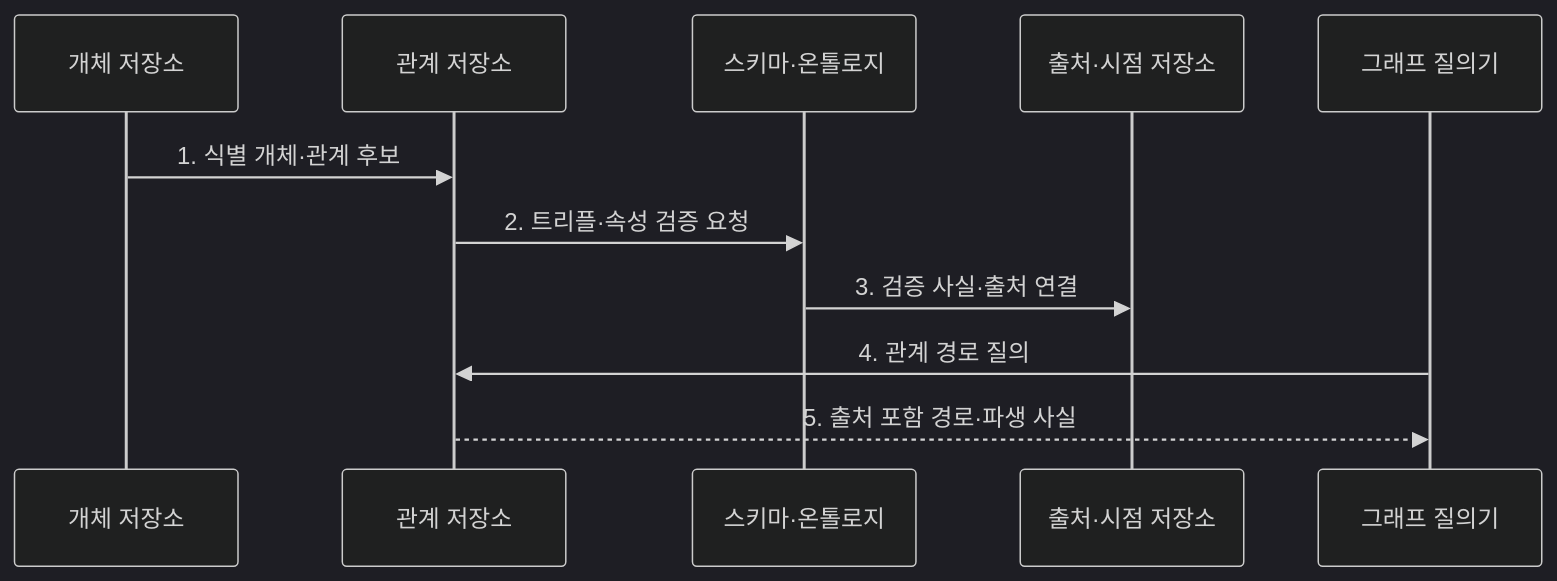
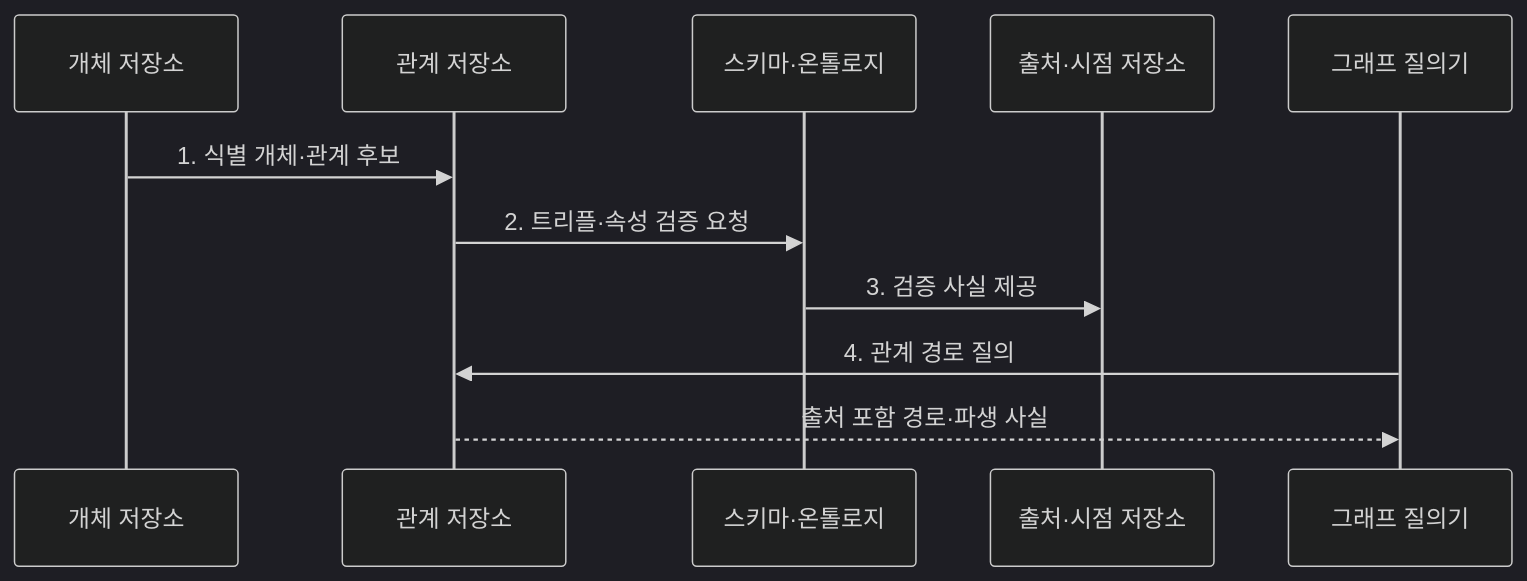
One commit to agnusdei1207/knowledge-base changed the second of 2 diagrams in src/content/docs/notes/08-latest-tech/079_knowledge_graph.md. Above: the diagram before and after it, drawn with Mermaid (dark theme). The commit also changed other lines of this file and 225 other files, not shown here.

````diff
--- a/src/content/docs/notes/08-latest-tech/079_knowledge_graph.md
+++ b/src/content/docs/notes/08-latest-tech/079_knowledge_graph.md
@@ -80,13 +81,13 @@
 ```mermaid
 sequenceDiagram
   participant E as 개체 저장소
   participant R as 관계 저장소
   participant S as 스키마·온톨로지
   participant P as 출처·시점 저장소
   participant Q as 그래프 질의기
   E->>R: 1. 식별 개체·관계 후보
   R->>S: 2. 트리플·속성 검증 요청
-  S->>P: 3. 검증 사실·출처 연결
+  S->>P: 3. 검증 사실 제공
   Q->>R: 4. 관계 경로 질의
-  R-->>Q: 5. 출처 포함 경로·파생 사실
+  R-->>Q: 출처 포함 경로·파생 사실
 ```
````
